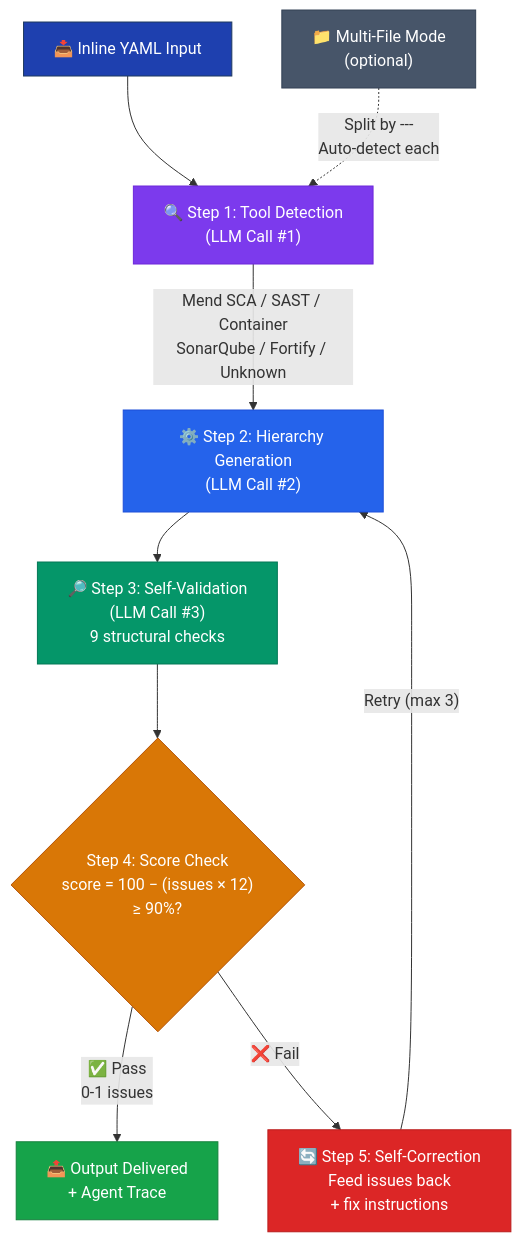
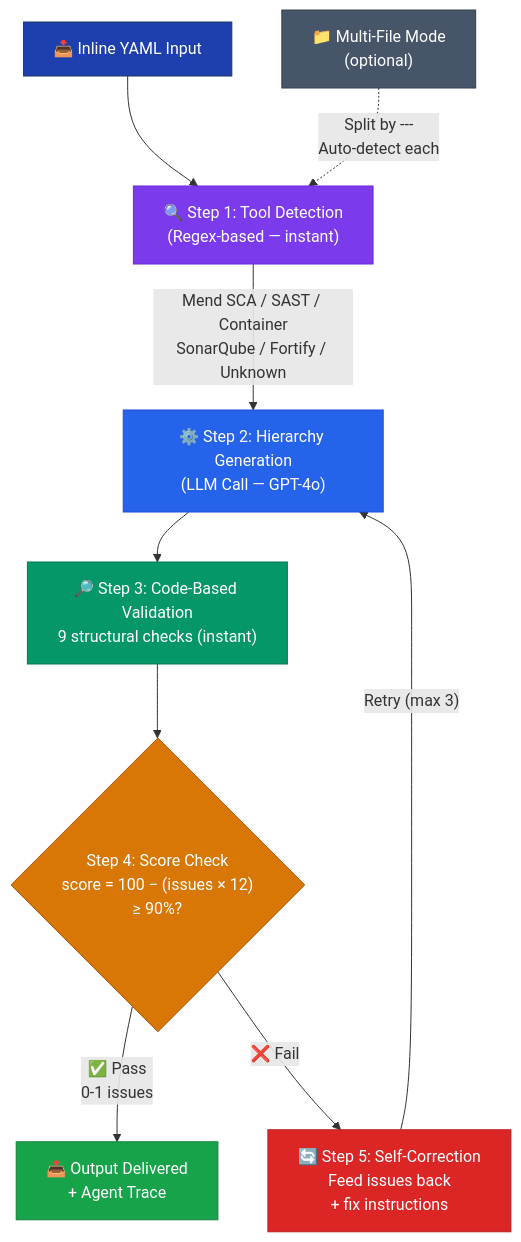
The second of 3 diagrams in README.md (jaywmz/coe-compliance-agent), drawn with Mermaid before and after one commit. The commit also changed other lines of this file and 1 other file, not shown here.

````diff
--- a/README.md
+++ b/README.md
@@ -95,21 +95,21 @@
 ```mermaid
 flowchart TD
-    A["📥 Inline YAML Input"] --> B["🔍 Step 1: Tool Detection\n(LLM Call #1)"]
-    B --> |"Mend SCA / SAST / Container\nSonarQube / Fortify / Unknown"| C["⚙️ Step 2: Hierarchy Generation\n(LLM Call #2)"]
-    C --> D["🔎 Step 3: Self-Validation\n(LLM Call #3)\n9 structural checks"]
+    A["📥 Inline YAML Input"] --> B["🔍 Step 1: Tool Detection\n(Regex-based — instant)"]
+    B --> |"Mend SCA / SAST / Container\nSonarQube / Fortify / Unknown"| C["⚙️ Step 2: Hierarchy Generation\n(LLM Call — GPT-4o)"]
+    C --> D["🔎 Step 3: Code-Based Validation\n9 structural checks (instant)"]
     D --> E{"Step 4: Score Check\nscore = 100 − (issues × 12)\n≥ 90%?"}
     E -- "✅ Pass\n0-1 issues" --> G["📤 Output Delivered\n+ Agent Trace"]
     E -- "❌ Fail" --> F["🔄 Step 5: Self-Correction\nFeed issues back\n+ fix instructions"]
     F --> |"Retry (max 3)"| C
 
     H["📁 Multi-File Mode\n(optional)"] -.-> |"Split by ---\nAuto-detect each"| B
 
     style A fill:#1e40af,color:#fff,stroke:#1e3a5f
     style B fill:#7c3aed,color:#fff,stroke:#6d28d9
     style C fill:#2563eb,color:#fff,stroke:#1d4ed8
     style D fill:#059669,color:#fff,stroke:#047857
     style E fill:#d97706,color:#fff,stroke:#b45309
     style F fill:#dc2626,color:#fff,stroke:#b91c1c
     style G fill:#16a34a,color:#fff,stroke:#15803d
     style H fill:#475569,color:#fff,stroke:#334155
 ```
````
